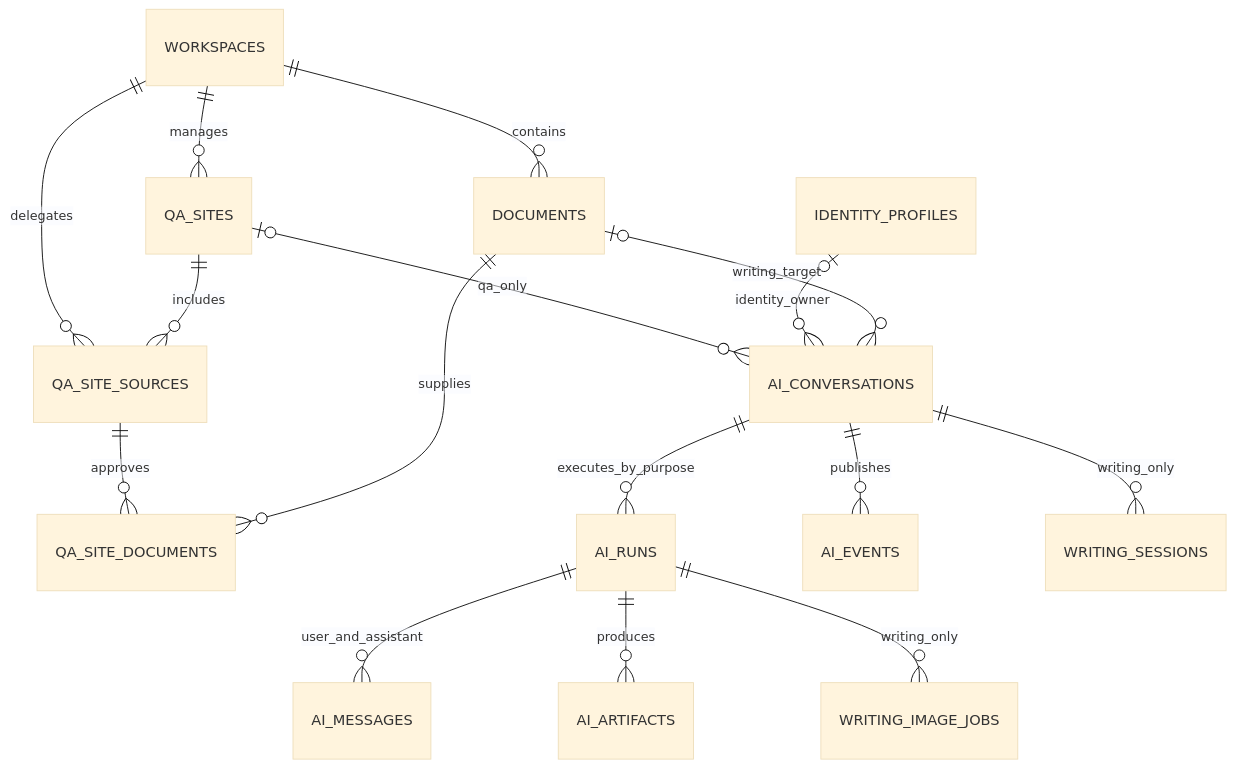
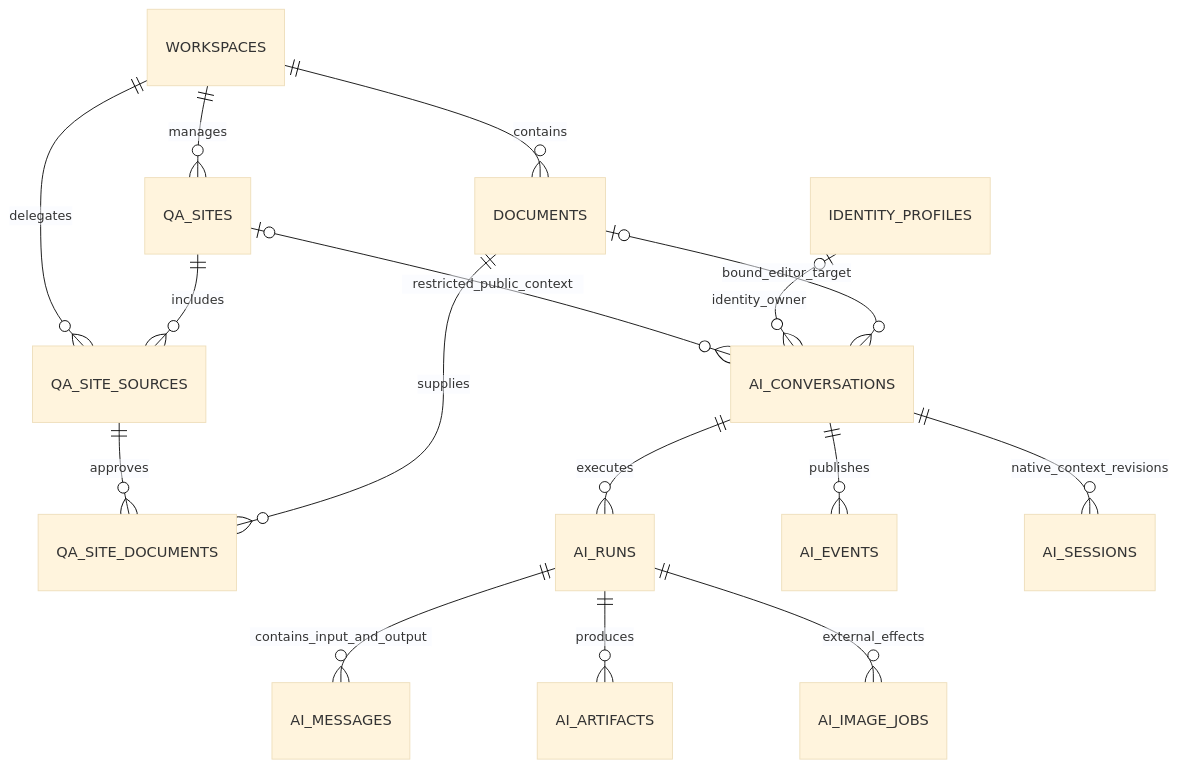
The second of 3 diagrams in docs/apps/ai-assistant-and-public-qa.md (hu-bo/zhishu), drawn with Mermaid (base theme) before and after one commit. The commit also changed other lines of this file and 201 other files, not shown here.

````diff
--- a/docs/apps/ai-assistant-and-public-qa.md
+++ b/docs/apps/ai-assistant-and-public-qa.md
@@ -551,18 +415,18 @@
 ```mermaid
 erDiagram
   WORKSPACES ||--o{ DOCUMENTS : contains
   WORKSPACES ||--o{ QA_SITES : manages
   WORKSPACES ||--o{ QA_SITE_SOURCES : delegates
   QA_SITES ||--o{ QA_SITE_SOURCES : includes
   QA_SITE_SOURCES ||--o{ QA_SITE_DOCUMENTS : approves
   DOCUMENTS ||--o{ QA_SITE_DOCUMENTS : supplies
-  QA_SITES o|--o{ AI_CONVERSATIONS : qa_only
+  QA_SITES o|--o{ AI_CONVERSATIONS : restricted_public_context
   IDENTITY_PROFILES o|--o{ AI_CONVERSATIONS : identity_owner
-  DOCUMENTS o|--o{ AI_CONVERSATIONS : writing_target
-  AI_CONVERSATIONS ||--o{ AI_RUNS : executes_by_purpose
-  AI_RUNS ||--o{ AI_MESSAGES : user_and_assistant
+  DOCUMENTS o|--o{ AI_CONVERSATIONS : bound_editor_target
+  AI_CONVERSATIONS ||--o{ AI_RUNS : executes
+  AI_RUNS ||--o{ AI_MESSAGES : contains_input_and_output
   AI_RUNS ||--o{ AI_ARTIFACTS : produces
   AI_CONVERSATIONS ||--o{ AI_EVENTS : publishes
-  AI_CONVERSATIONS ||--o{ WRITING_SESSIONS : writing_only
-  AI_RUNS ||--o{ WRITING_IMAGE_JOBS : writing_only
+  AI_CONVERSATIONS ||--o{ AI_SESSIONS : native_context_revisions
+  AI_RUNS ||--o{ AI_IMAGE_JOBS : external_effects
 ```
````
